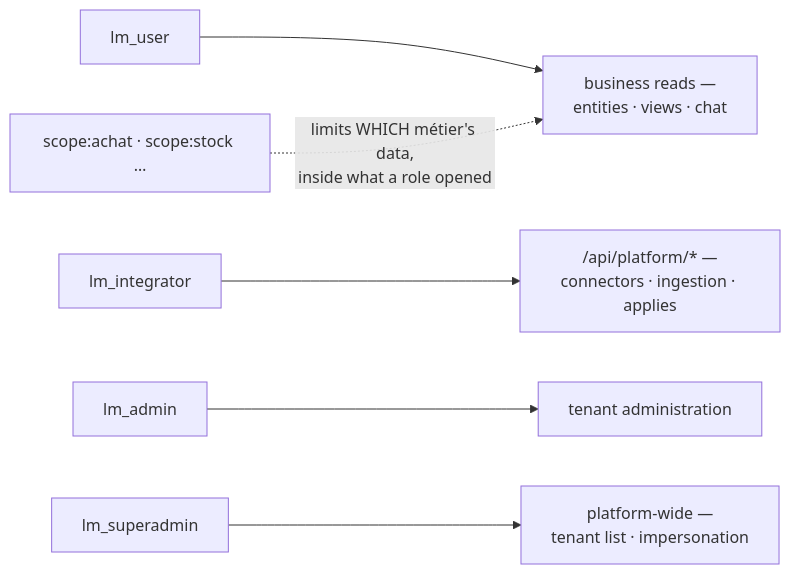
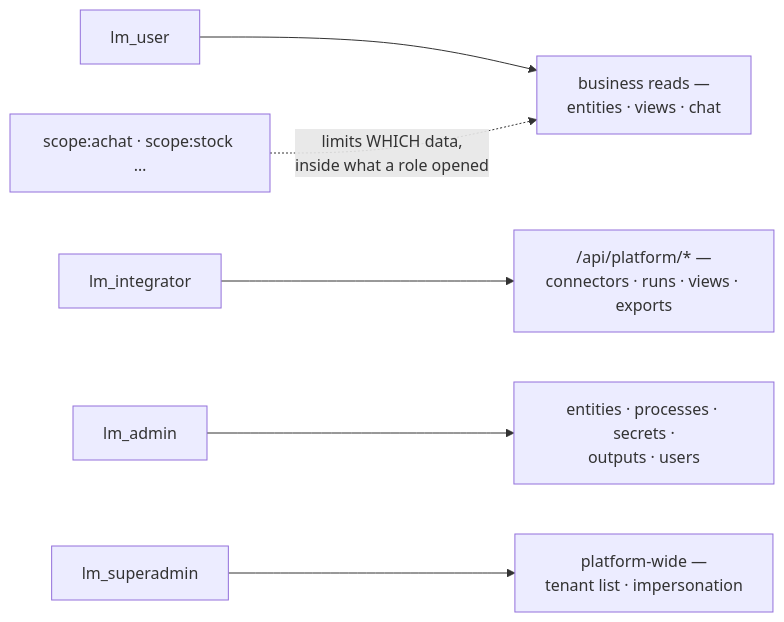
The diagram in docs/security/role-management.md (icreated/lumnik-open), drawn with Mermaid before and after one commit. The commit also changed other lines of this file and 634 other files, not shown here.

````diff
--- a/docs/security/role-management.md
+++ b/docs/security/role-management.md
@@ -6,8 +6,8 @@
 ```mermaid
 flowchart LR
   u["lm_user"] --> s1["business reads —<br/>entities · views · chat"]
-  i["lm_integrator"] --> s2["/api/platform/* —<br/>connectors · ingestion · applies"]
-  a["lm_admin"] --> s3["tenant administration"]
+  i["lm_integrator"] --> s2["/api/platform/* —<br/>connectors · runs · views · exports"]
+  a["lm_admin"] --> s3["entities · processes · secrets ·<br/>outputs · users"]
   sa["lm_superadmin"] --> s4["platform-wide —<br/>tenant list · impersonation"]
-  sc["scope:achat · scope:stock …"] -.->|"limits WHICH métier's data,<br/>inside what a role opened"| s1
+  sc["scope:achat · scope:stock …"] -.->|"limits WHICH data,<br/>inside what a role opened"| s1
 ```
````
